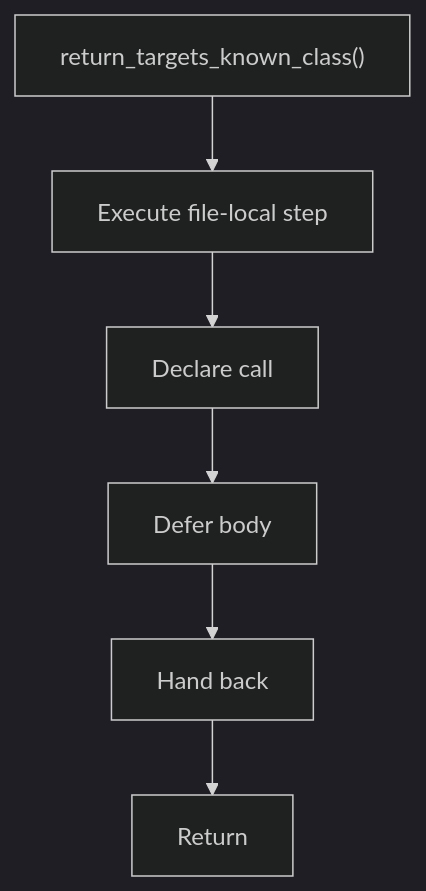
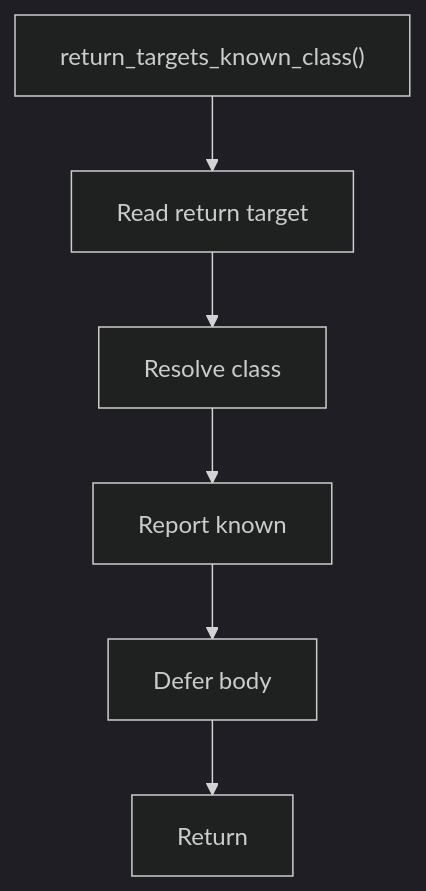
The diagram in docs/Codebase/Microservice/Modules/Header/Analysis/ImplementationUse/Binding/Symbols/Flow/functions/return_targets_known_class.hpp.md (JohnAndrewBalbarosa/NeoTerritory), drawn with Mermaid (dark theme) before and after one commit. The commit also changed other lines of this file and 147 other files, not shown here.

````diff
--- a/docs/Codebase/Microservice/Modules/Header/Analysis/ImplementationUse/Binding/Symbols/Flow/functions/return_targets_known_class.hpp.md
+++ b/docs/Codebase/Microservice/Modules/Header/Analysis/ImplementationUse/Binding/Symbols/Flow/functions/return_targets_known_class.hpp.md
@@ -16,14 +22,14 @@
 ```mermaid
 flowchart TD
     Start["return_targets_known_class()"]
-    N0["Execute file-local step"]
-    N1["Declare call"]
-    N2["Defer body"]
-    N3["Hand back"]
+    N0["Read return target"]
+    N1["Resolve class"]
+    N2["Report known"]
+    N3["Defer body"]
     End["Return"]
     Start --> N0
     N0 --> N1
     N1 --> N2
     N2 --> N3
     N3 --> End
 ```
````
